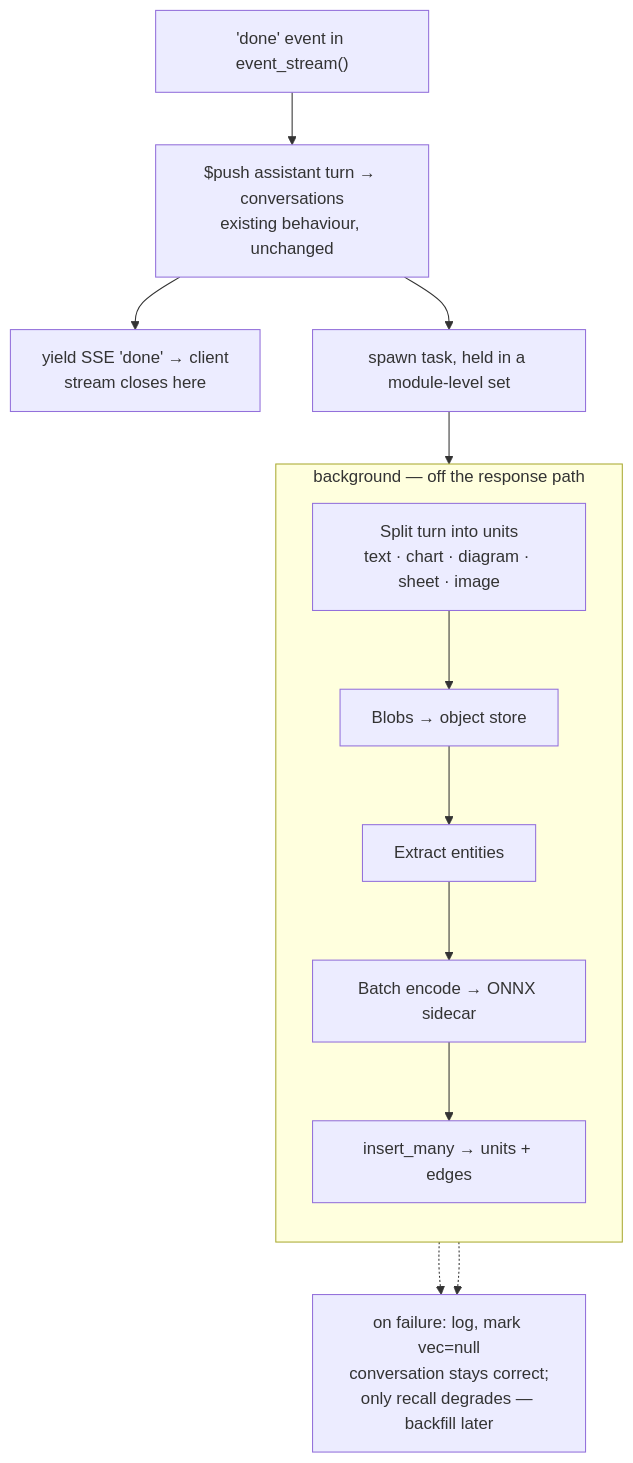
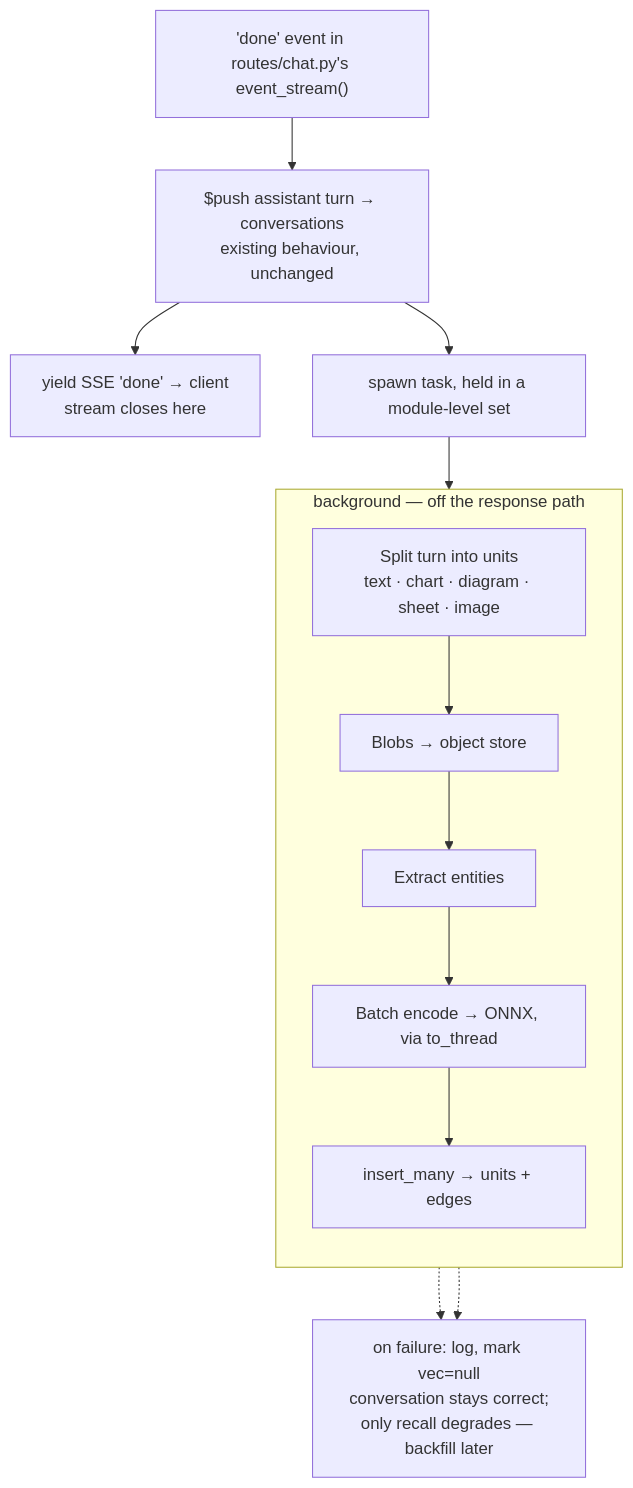
The fourth of 4 diagrams in DISCUSS_RAG.md (logado-zero/diagrammer), drawn with Mermaid before and after one commit. The commit also changed other lines of this file, not shown here.

````diff
--- a/DISCUSS_RAG.md
+++ b/DISCUSS_RAG.md
@@ -457,24 +511,24 @@
 ```mermaid
 flowchart TB
-    DONE["'done' event in event_stream()"]
+    DONE["'done' event in routes/chat.py's event_stream()"]
     PUSH["$push assistant turn → conversations<br/>existing behaviour, unchanged"]
     YIELD["yield SSE 'done' → client<br/>stream closes here"]
     SPAWN["spawn task, held in a module-level set"]
 
     subgraph BG ["background — off the response path"]
         direction TB
         SPLIT["Split turn into units<br/>text · chart · diagram · sheet · image"]
         BLOB["Blobs → object store"]
         NER["Extract entities"]
-        EMB["Batch encode → ONNX sidecar"]
+        EMB["Batch encode → ONNX, via to_thread"]
         WRITE["insert_many → units + edges"]
         SPLIT --> BLOB --> NER --> EMB --> WRITE
     end
 
     DONE --> PUSH --> YIELD
     PUSH --> SPAWN --> SPLIT
 
     ERR["on failure: log, mark vec=null<br/>conversation stays correct;<br/>only recall degrades — backfill later"]
     WRITE -.-> ERR
     EMB -.-> ERR
 ```
````
